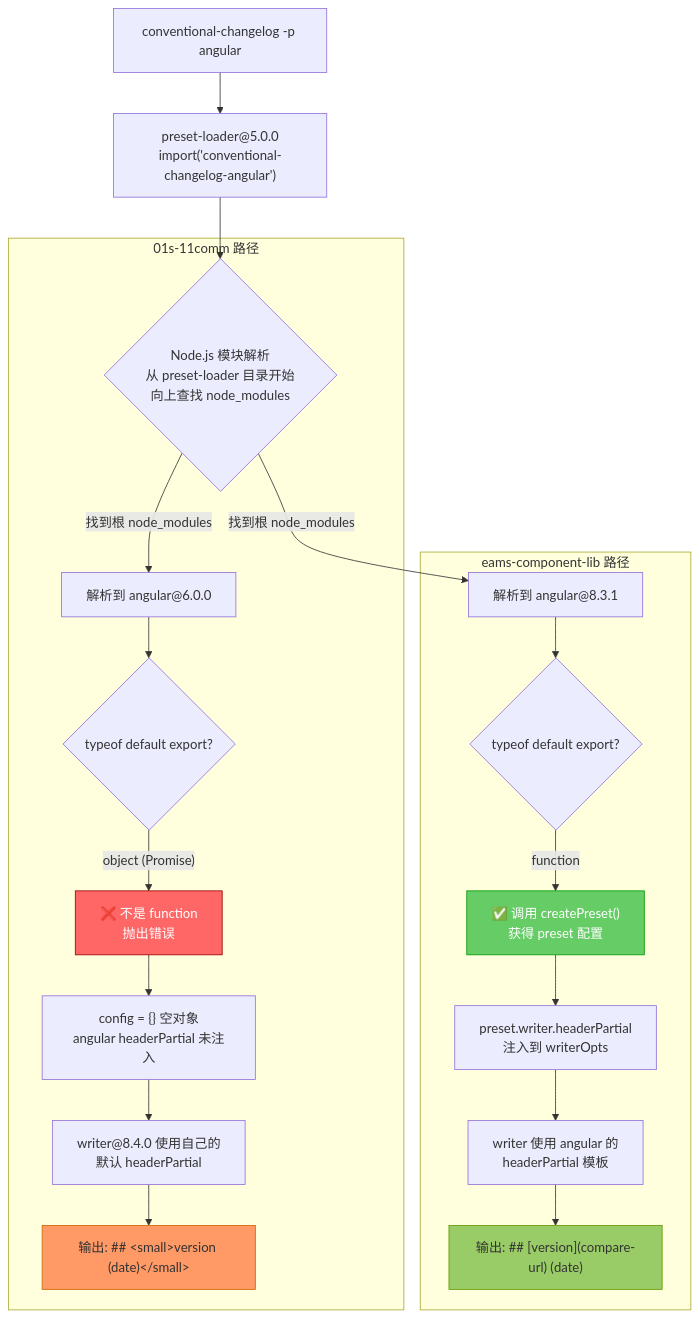
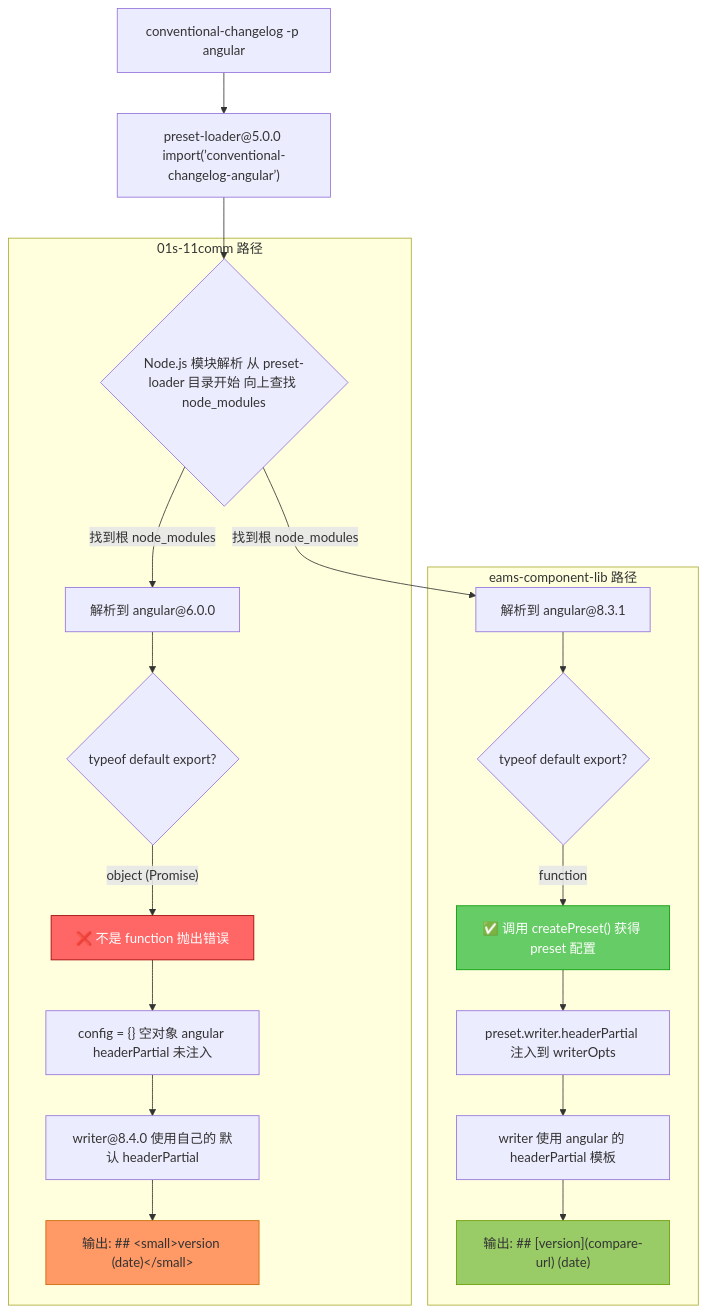
Before and after one commit to ruan-cat/notes: the fifth of 6 diagrams in docs/ruan-cat-notes/docs/bug/026-fuck-commit-and-tag-version-2026-4-9/2026-04-09-conventional-changelog-angular-version-conflict-analysis.md, drawn with Mermaid. The commit also changed other lines of this file and 2 other files, not shown here.

First line of the commit message:
🐞 fix(docs): 修复 mermaid/handlebars 代码块导致 VitePress 构建错误

````diff
--- a/docs/ruan-cat-notes/docs/bug/026-fuck-commit-and-tag-version-2026-4-9/2026-04-09-conventional-changelog-angular-version-conflict-analysis.md
+++ b/docs/ruan-cat-notes/docs/bug/026-fuck-commit-and-tag-version-2026-4-9/2026-04-09-conventional-changelog-angular-version-conflict-analysis.md
@@ -244,31 +244,31 @@
 ```mermaid
 flowchart TD
     START["conventional-changelog -p angular"]
-    LOAD["preset-loader@5.0.0<br/>import('conventional-changelog-angular')"]
+    LOAD["preset-loader@5.0.0 import(’conventional-changelog-angular’)"]
     START --> LOAD
 
-    LOAD --> RESOLVE{"Node.js 模块解析<br/>从 preset-loader 目录开始<br/>向上查找 node_modules"}
+    LOAD --> RESOLVE{"Node.js 模块解析 从 preset-loader 目录开始 向上查找 node_modules"}
 
     subgraph "01s-11comm 路径"
         RESOLVE -->|"找到根 node_modules"| FOUND_A["解析到 angular@6.0.0"]
         FOUND_A --> CHECK_A{"typeof default export?"}
-        CHECK_A -->|"object (Promise)"| FAIL["❌ 不是 function<br/>抛出错误"]
-        FAIL --> FALLBACK["config = {} 空对象<br/>angular headerPartial 未注入"]
-        FALLBACK --> WRITER_DEFAULT["writer@8.4.0 使用自己的<br/>默认 headerPartial"]
+        CHECK_A -->|"object (Promise)"| FAIL["❌ 不是 function 抛出错误"]
+        FAIL --> FALLBACK["config = {} 空对象 angular headerPartial 未注入"]
+        FALLBACK --> WRITER_DEFAULT["writer@8.4.0 使用自己的 默认 headerPartial"]
         WRITER_DEFAULT --> SMALL["输出: ## &lt;small&gt;version (date)&lt;/small&gt;"]
     end
 
     subgraph "eams-component-lib 路径"
         RESOLVE -->|"找到根 node_modules"| FOUND_B["解析到 angular@8.3.1"]
         FOUND_B --> CHECK_B{"typeof default export?"}
-        CHECK_B -->|"function"| SUCCESS["✅ 调用 createPreset()<br/>获得 preset 配置"]
-        SUCCESS --> INJECT["preset.writer.headerPartial<br/>注入到 writerOpts"]
-        INJECT --> ANGULAR_TPL["writer 使用 angular 的<br/>headerPartial 模板"]
+        CHECK_B -->|"function"| SUCCESS["✅ 调用 createPreset() 获得 preset 配置"]
+        SUCCESS --> INJECT["preset.writer.headerPartial 注入到 writerOpts"]
+        INJECT --> ANGULAR_TPL["writer 使用 angular 的 headerPartial 模板"]
         ANGULAR_TPL --> LINK["输出: ## [version](compare-url) (date)"]
     end
 
     style FAIL fill:#f66,stroke:#900,color:#fff
     style SMALL fill:#f96,stroke:#c60
     style SUCCESS fill:#6c6,stroke:#090,color:#fff
     style LINK fill:#9c6,stroke:#690
 ```
````
